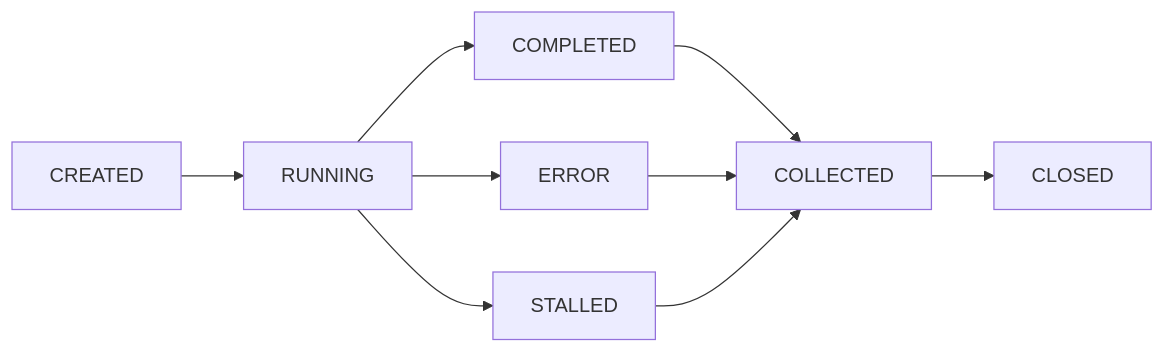
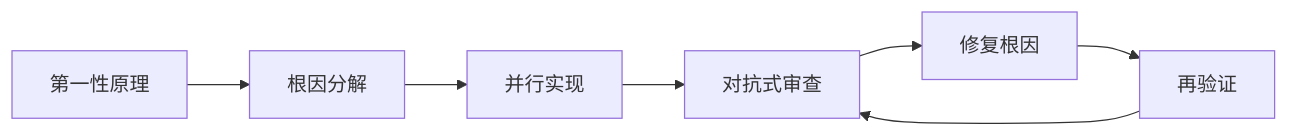
One commit to coder-wangbin/codex-swarm changed the diagram in SKILL.md. Above: the diagram before and after it, drawn with Mermaid. The commit also changed other lines of this file and 2 other files, not shown here.

````diff
--- a/SKILL.md
+++ b/SKILL.md
@@ -182,11 +51,9 @@
 ```mermaid
 flowchart LR
-  A["CREATED"] --> B["RUNNING"]
-  B --> C["COMPLETED"]
-  B --> D["ERROR"]
-  B --> E["STALLED"]
-  C --> F["COLLECTED"]
-  D --> F
-  E --> F
-  F --> G["CLOSED"]
+  A["第一性原理"] --> B["根因分解"]
+  B --> C["并行实现"]
+  C --> D["对抗式审查"]
+  D --> E["修复根因"]
+  E --> F["再验证"]
+  F --> D
 ```
````
